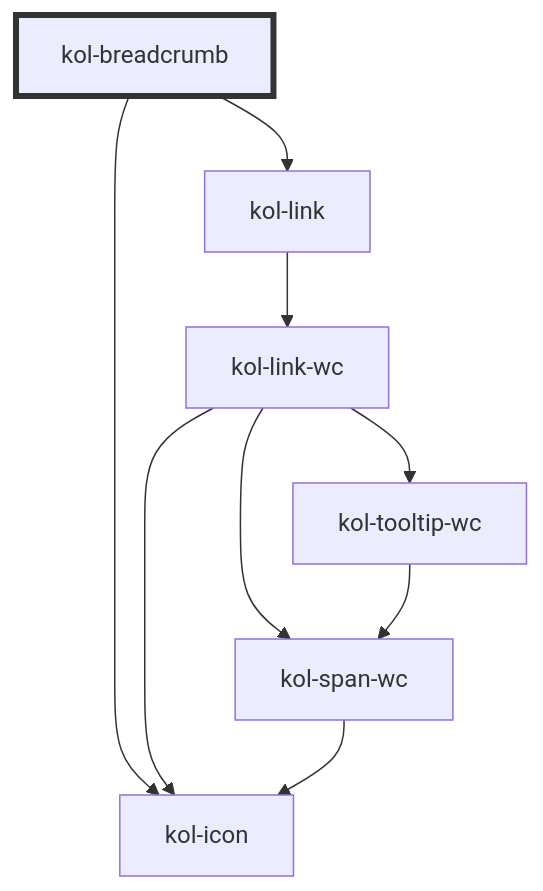
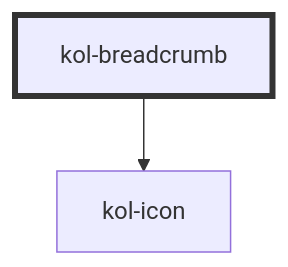
One commit to public-ui/kolibri changed the diagram in packages/components/src/components/breadcrumb/readme.md. Above: the diagram before and after it, drawn with Mermaid. The commit also changed other lines of this file and 90 other files, not shown here.

````diff
--- a/packages/components/src/components/breadcrumb/readme.md
+++ b/packages/components/src/components/breadcrumb/readme.md
@@ -104,12 +103,5 @@
 ```mermaid
 graph TD;
   kol-breadcrumb --> kol-icon
-  kol-breadcrumb --> kol-link
-  kol-link --> kol-link-wc
-  kol-link-wc --> kol-span-wc
-  kol-link-wc --> kol-icon
-  kol-link-wc --> kol-tooltip-wc
-  kol-span-wc --> kol-icon
-  kol-tooltip-wc --> kol-span-wc
   style kol-breadcrumb stroke:#333,stroke-width:4px
 ```
````
